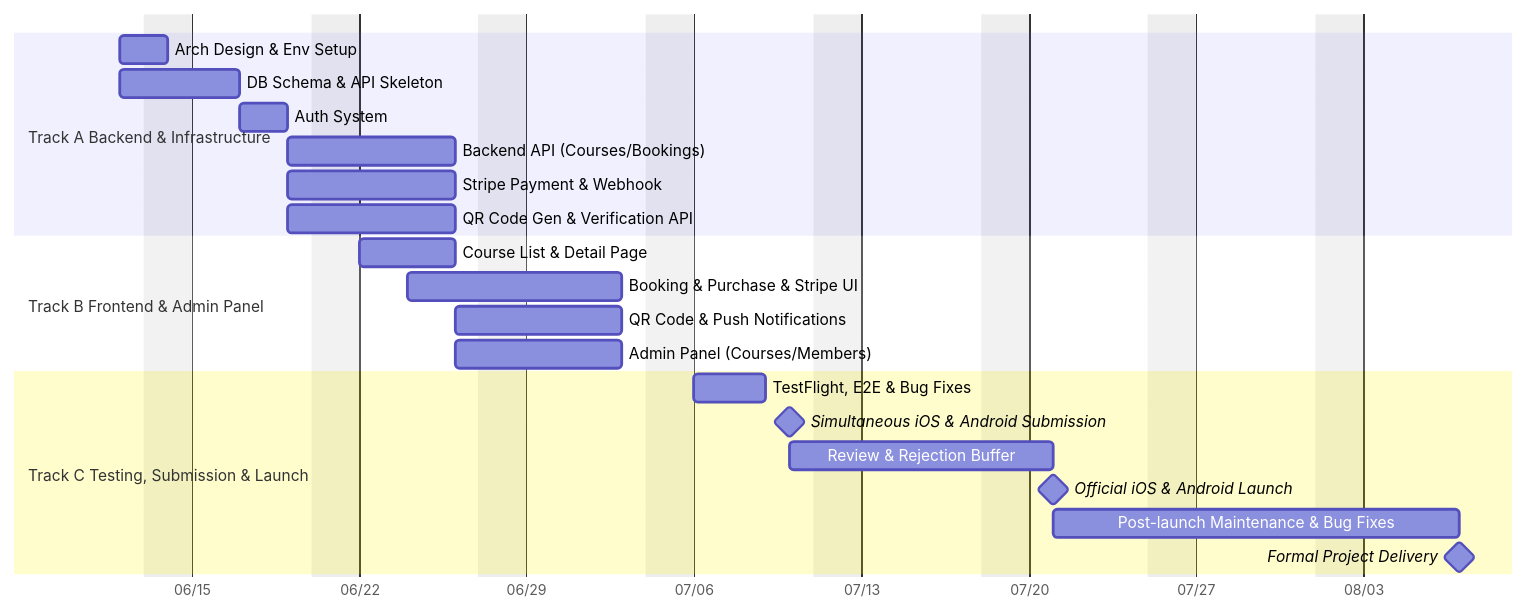
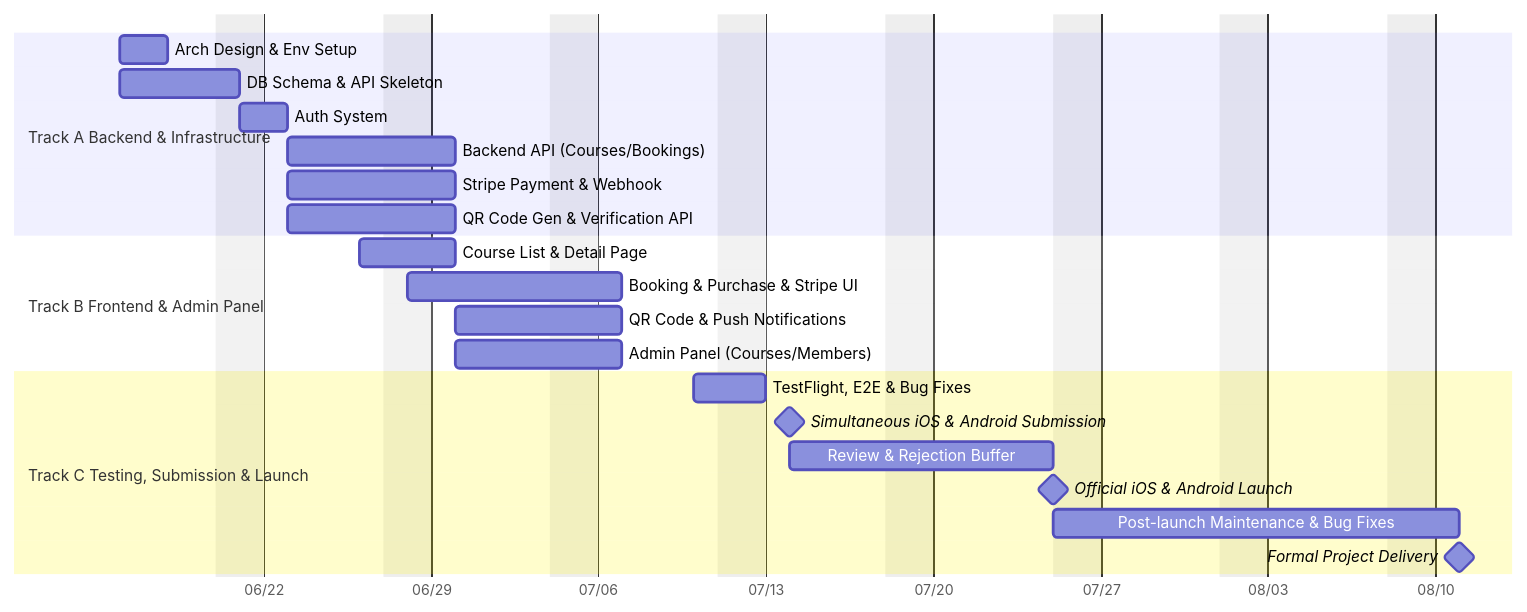
The diagram in docs/md/en/appendix-b-en.md (CongRenHuang/motise-docs), drawn with Mermaid before and after one commit. The commit also changed other lines of this file and 25 other files, not shown here.

````diff
--- a/docs/md/en/appendix-b-en.md
+++ b/docs/md/en/appendix-b-en.md
@@ -98,31 +98,31 @@
 ```mermaid
 gantt
     dateFormat YYYY-MM-DD
     axisFormat %m/%d
     tickInterval 1week
     weekday monday
     excludes weekends
     todayMarker off
 
     section Track A Backend & Infrastructure
-    Arch Design & Env Setup        :a1, 2026-06-12, 2026-06-14
-    DB Schema & API Skeleton       :a2, 2026-06-12, 2026-06-17
-    Auth System                    :a3, 2026-06-17, 2026-06-19
-    Backend API (Courses/Bookings) :a4, 2026-06-19, 2026-06-26
-    Stripe Payment & Webhook       :a5, 2026-06-19, 2026-06-26
-    QR Code Gen & Verification API :a6, 2026-06-19, 2026-06-26
+    Arch Design & Env Setup        :a1, 2026-06-16, 2026-06-18
+    DB Schema & API Skeleton       :a2, 2026-06-16, 2026-06-21
+    Auth System                    :a3, 2026-06-21, 2026-06-23
+    Backend API (Courses/Bookings) :a4, 2026-06-23, 2026-06-30
+    Stripe Payment & Webhook       :a5, 2026-06-23, 2026-06-30
+    QR Code Gen & Verification API :a6, 2026-06-23, 2026-06-30
 
     section Track B Frontend & Admin Panel
-    Course List & Detail Page      :b1, 2026-06-22, 2026-06-26
-    Booking & Purchase & Stripe UI :b2, 2026-06-24, 2026-07-03
-    QR Code & Push Notifications   :b3, 2026-06-26, 2026-07-03
-    Admin Panel (Courses/Members)  :b4, 2026-06-26, 2026-07-03
+    Course List & Detail Page      :b1, 2026-06-26, 2026-06-30
+    Booking & Purchase & Stripe UI :b2, 2026-06-28, 2026-07-07
+    QR Code & Push Notifications   :b3, 2026-06-30, 2026-07-07
+    Admin Panel (Courses/Members)  :b4, 2026-06-30, 2026-07-07
 
     section Track C Testing, Submission & Launch
-    TestFlight, E2E & Bug Fixes    :c1, 2026-07-06, 2026-07-09
-    Simultaneous iOS & Android Submission :milestone, m1, 2026-07-10, 0d
-    Review & Rejection Buffer      :c2, 2026-07-10, 2026-07-21
-    Official iOS & Android Launch  :milestone, m2, 2026-07-21, 0d
-    Post-launch Maintenance & Bug Fixes :c3, 2026-07-21, 2026-08-07
-    Formal Project Delivery        :milestone, m3, 2026-08-07, 0d
+    TestFlight, E2E & Bug Fixes    :c1, 2026-07-10, 2026-07-13
+    Simultaneous iOS & Android Submission :milestone, m1, 2026-07-14, 0d
+    Review & Rejection Buffer      :c2, 2026-07-14, 2026-07-25
+    Official iOS & Android Launch  :milestone, m2, 2026-07-25, 0d
+    Post-launch Maintenance & Bug Fixes :c3, 2026-07-25, 2026-08-11
+    Formal Project Delivery        :milestone, m3, 2026-08-11, 0d
 ```
````
